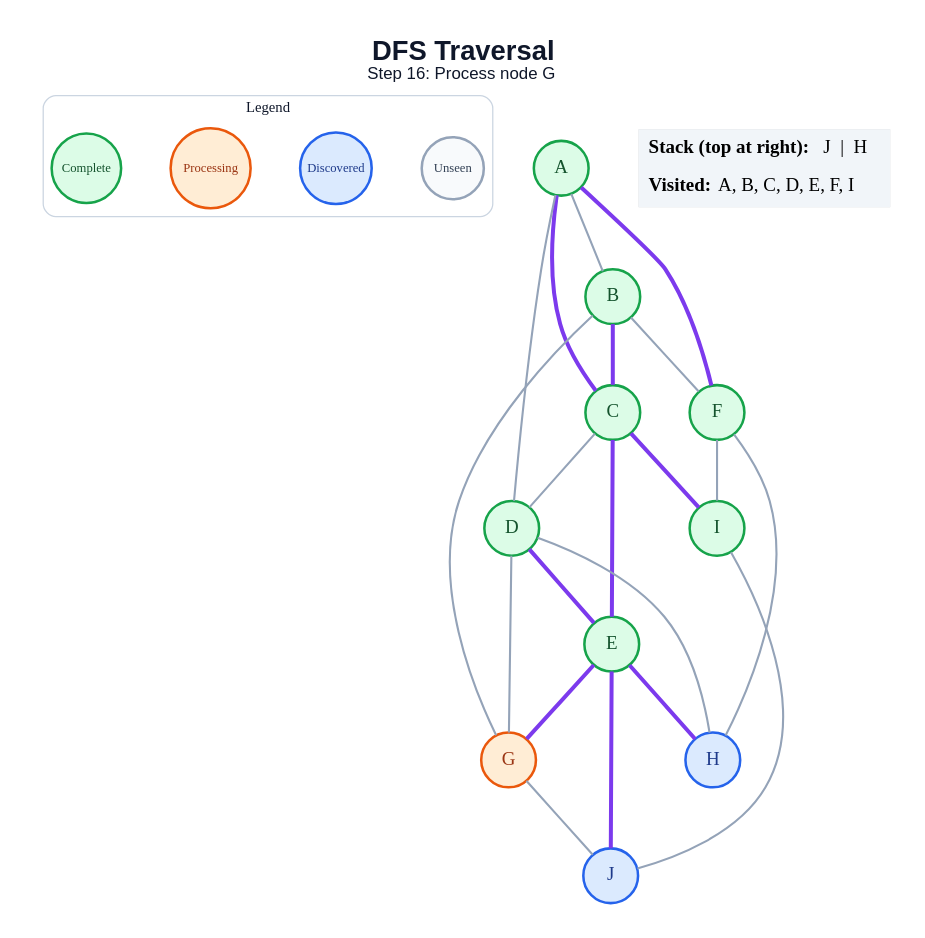
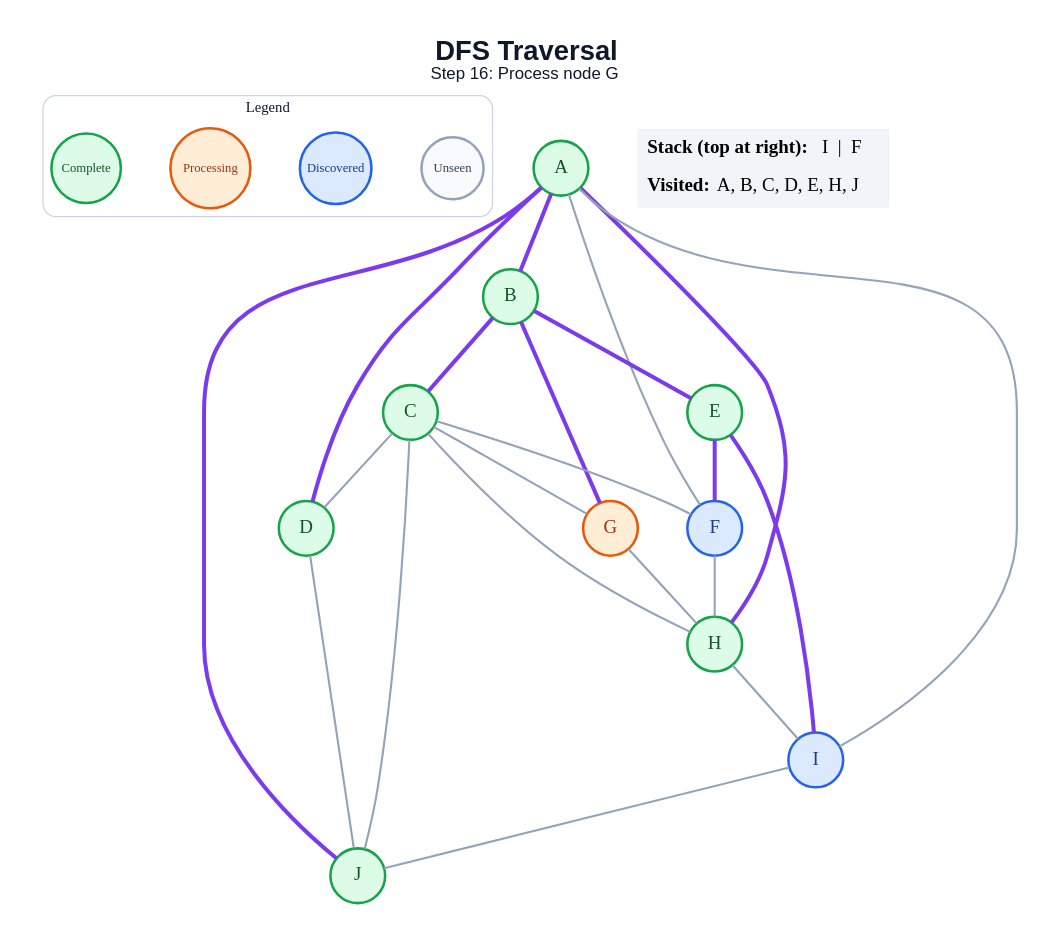
The diagram in generated/specific-node/dfs/step_16.dot (anon7238593-create/ai-slop), drawn with Graphviz before and after one commit. The commit also changed 178 other files, not shown here.

```diff
--- a/generated/specific-node/dfs/step_16.dot
+++ b/generated/specific-node/dfs/step_16.dot
@@ -1,49 +1,50 @@
 graph traversal {
   graph [layout=dot, rankdir=TB, bgcolor="#FFFFFF", pad="0.35", nodesep="0.65", ranksep="0.8", fontname="Arial"];
   node [shape=circle, style="filled", fontname="Arial Bold", fontsize=18, width=0.72, fixedsize=true, penwidth=2.4];
   edge [color="#94A3B8", penwidth=2.0];
   label=<<B>DFS Traversal</B><BR/><FONT POINT-SIZE="16">Step 16: Process node G</FONT>>; labelloc="t"; fontsize=26; fontname="Arial"; fontcolor="#0F172A";
   subgraph cluster_legend { label="Legend"; color="#CBD5E1"; penwidth=1.2; style="rounded"; fontsize=14; fontname="Arial Bold";
     key_unseen [label="Unseen", fillcolor="#F8FAFC", color="#94A3B8", fontcolor="#334155", fontsize=12, width=0.82];
     key_frontier [label="Discovered", fillcolor="#DBEAFE", color="#2563EB", fontcolor="#1E3A8A", fontsize=12, width=0.95];
     key_current [label="Processing", fillcolor="#FFEDD5", color="#EA580C", fontcolor="#9A3412", fontsize=12, width=1.05];
     key_done [label="Complete", fillcolor="#DCFCE7", color="#16A34A", fontcolor="#14532D", fontsize=12, width=0.92];
     { rank=same; key_unseen; key_frontier; key_current; key_done; }
   }
   A [fillcolor="#DCFCE7", color="#16A34A", fontcolor="#14532D"];
   B [fillcolor="#DCFCE7", color="#16A34A", fontcolor="#14532D"];
   C [fillcolor="#DCFCE7", color="#16A34A", fontcolor="#14532D"];
   D [fillcolor="#DCFCE7", color="#16A34A", fontcolor="#14532D"];
   E [fillcolor="#DCFCE7", color="#16A34A", fontcolor="#14532D"];
-  F [fillcolor="#DCFCE7", color="#16A34A", fontcolor="#14532D"];
+  F [fillcolor="#DBEAFE", color="#2563EB", fontcolor="#1E3A8A"];
   G [fillcolor="#FFEDD5", color="#EA580C", fontcolor="#9A3412"];
-  H [fillcolor="#DBEAFE", color="#2563EB", fontcolor="#1E3A8A"];
-  I [fillcolor="#DCFCE7", color="#16A34A", fontcolor="#14532D"];
-  J [fillcolor="#DBEAFE", color="#2563EB", fontcolor="#1E3A8A"];
-  A -- B;
-  A -- C [color="#7C3AED", penwidth=3.8];
-  A -- D;
-  A -- F [color="#7C3AED", penwidth=3.8];
+  H [fillcolor="#DCFCE7", color="#16A34A", fontcolor="#14532D"];
+  I [fillcolor="#DBEAFE", color="#2563EB", fontcolor="#1E3A8A"];
+  J [fillcolor="#DCFCE7", color="#16A34A", fontcolor="#14532D"];
+  A -- B [color="#7C3AED", penwidth=3.8];
+  A -- D [color="#7C3AED", penwidth=3.8];
+  A -- F;
+  A -- H [color="#7C3AED", penwidth=3.8];
+  A -- I;
+  A -- J [color="#7C3AED", penwidth=3.8];
   B -- C [color="#7C3AED", penwidth=3.8];
-  B -- F;
-  B -- G;
+  B -- E [color="#7C3AED", penwidth=3.8];
+  B -- G [color="#7C3AED", penwidth=3.8];
   C -- D;
-  C -- E [color="#7C3AED", penwidth=3.8];
-  C -- I [color="#7C3AED", penwidth=3.8];
-  D -- E [color="#7C3AED", penwidth=3.8];
-  D -- G;
-  D -- H;
-  E -- G [color="#7C3AED", penwidth=3.8];
-  E -- H [color="#7C3AED", penwidth=3.8];
-  E -- J [color="#7C3AED", penwidth=3.8];
+  C -- F;
+  C -- G;
+  C -- H;
+  C -- J;
+  D -- J;
+  E -- F [color="#7C3AED", penwidth=3.8];
+  E -- I [color="#7C3AED", penwidth=3.8];
   F -- H;
-  F -- I;
-  G -- J;
+  G -- H;
+  H -- I;
   I -- J;
   status [shape=plain, fixedsize=false, width=0, height=0, margin=0, label=<
     <TABLE BORDER="0" CELLBORDER="0" CELLPADDING="7" BGCOLOR="#F1F5F9">
-      <TR><TD ALIGN="LEFT"><B>Stack (top at right):</B> J  |  H</TD></TR>
-      <TR><TD ALIGN="LEFT"><B>Visited:</B> A, B, C, D, E, F, I</TD></TR>
+      <TR><TD ALIGN="LEFT"><B>Stack (top at right):</B> I  |  F</TD></TR>
+      <TR><TD ALIGN="LEFT"><B>Visited:</B> A, B, C, D, E, H, J</TD></TR>
     </TABLE>
   >];
 }
```
